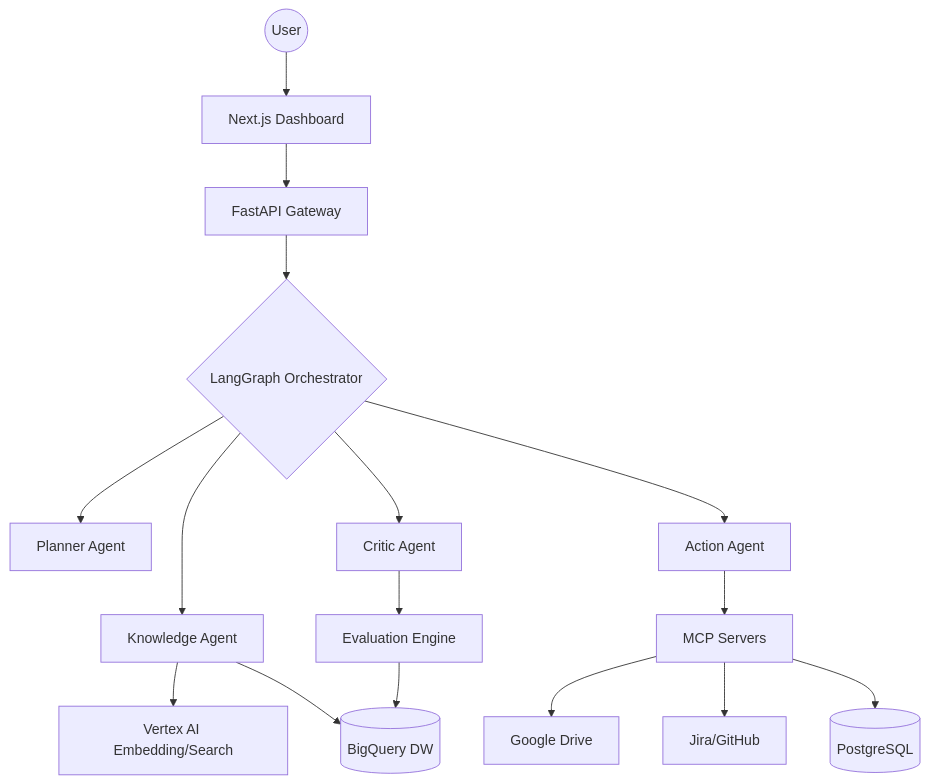
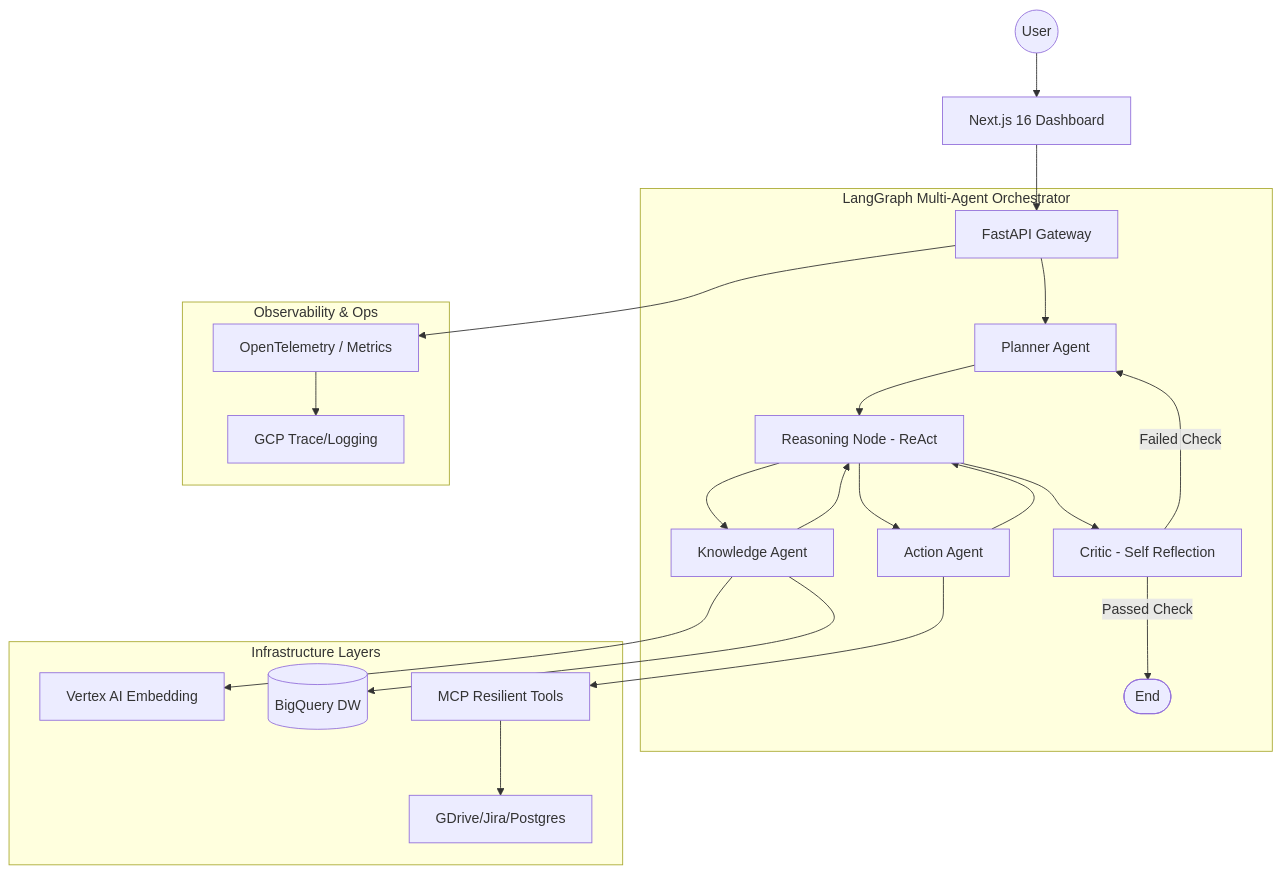
Before and after one commit to Jainam1673/AgentBridge: the diagram in README.md, drawn with Mermaid. The commit also changed other lines of this file and 5 other files, not shown here.

Commit message:
docs: elite-standard architectural ascent - ReAct nodes, ADR library, and ML Ops simulations

````diff
--- a/README.md
+++ b/README.md
@@ -44,22 +51,30 @@
 ```mermaid
 graph TD
-    User((User)) --> NextJS[Next.js Dashboard]
+    User((User)) --> NextJS[Next.js 16 Dashboard]
     NextJS --> FastAPI[FastAPI Gateway]
-    FastAPI --> LangGraph{LangGraph Orchestrator}
     
-    LangGraph --> Planner[Planner Agent]
-    LangGraph --> Knowledge[Knowledge Agent]
-    LangGraph --> Action[Action Agent]
-    LangGraph --> Critic[Critic Agent]
+    subgraph "LangGraph Multi-Agent Orchestrator"
+        FastAPI --> Planner[Planner Agent]
+        Planner --> Reasoning[Reasoning Node - ReAct]
+        Reasoning --> Knowledge[Knowledge Agent]
+        Reasoning --> Action[Action Agent]
+        Reasoning --> Critic[Critic - Self Reflection]
+        
+        Knowledge --> Reasoning
+        Action --> Reasoning
+        Critic -->|Failed Check| Planner
+        Critic -->|Passed Check| End([End])
+    end
     
-    Knowledge --> VertexAI[Vertex AI Embedding/Search]
-    Knowledge --> BigQuery[(BigQuery DW)]
+    subgraph "Infrastructure Layers"
+        Knowledge --> VertexAI[Vertex AI Embedding]
+        Knowledge --> BigQuery[(BigQuery DW)]
+        Action --> MCP[MCP Resilient Tools]
+        MCP --> EnterpriseData[GDrive/Jira/Postgres]
+    end
     
-    Action --> MCP[MCP Servers]
-    MCP --> GDrive[Google Drive]
-    MCP --> Jira[Jira/GitHub]
-    MCP --> Postgres[(PostgreSQL)]
-    
-    Critic --> Eval[Evaluation Engine]
-    Eval --> BigQuery
+    subgraph "Observability & Ops"
+        FastAPI --> OTel[OpenTelemetry / Metrics]
+        OTel --> CloudTrace[GCP Trace/Logging]
+    end
 ```
````
